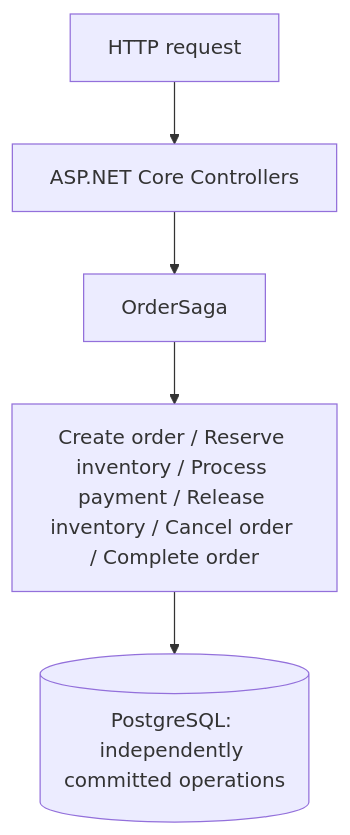
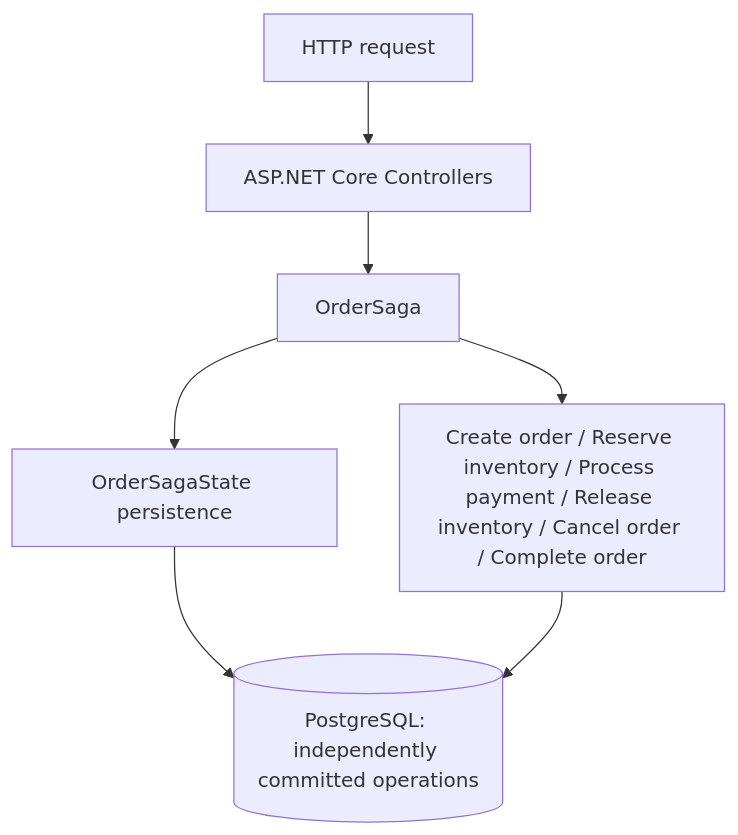
The first of 5 diagrams in 05-saga-pattern/README.md (Luqa1/Engineering-Playground), drawn with Mermaid before and after one commit. The commit also changed other lines of this file and 12 other files, not shown here.

````diff
--- a/05-saga-pattern/README.md
+++ b/05-saga-pattern/README.md
@@ -25,7 +25,9 @@
 ```mermaid
 flowchart TD
     HTTP[HTTP request] --> Controller[ASP.NET Core Controllers]
     Controller --> Processor[OrderSaga]
     Processor --> Operations[Create order / Reserve inventory / Process payment / Release inventory / Cancel order / Complete order]
+    Processor --> State[OrderSagaState persistence]
+    State --> DB
     Operations --> DB[(PostgreSQL: independently committed operations)]
 ```
````
